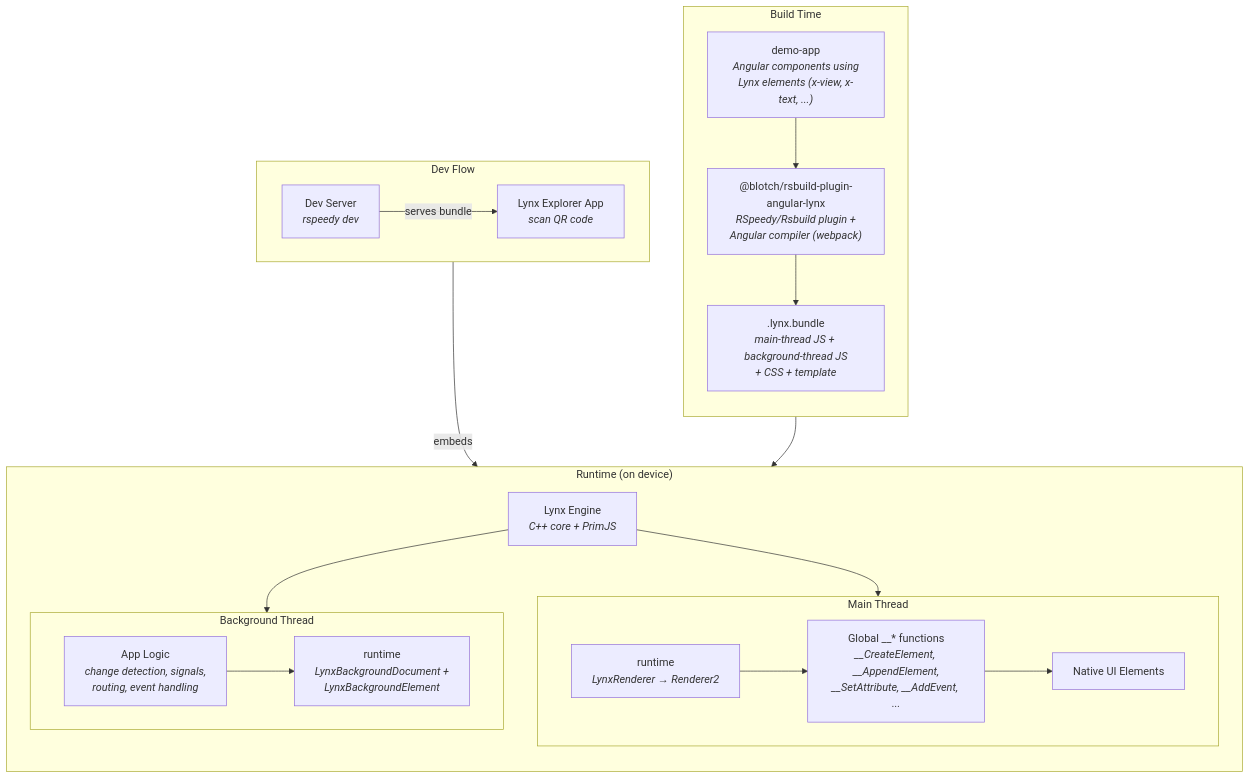
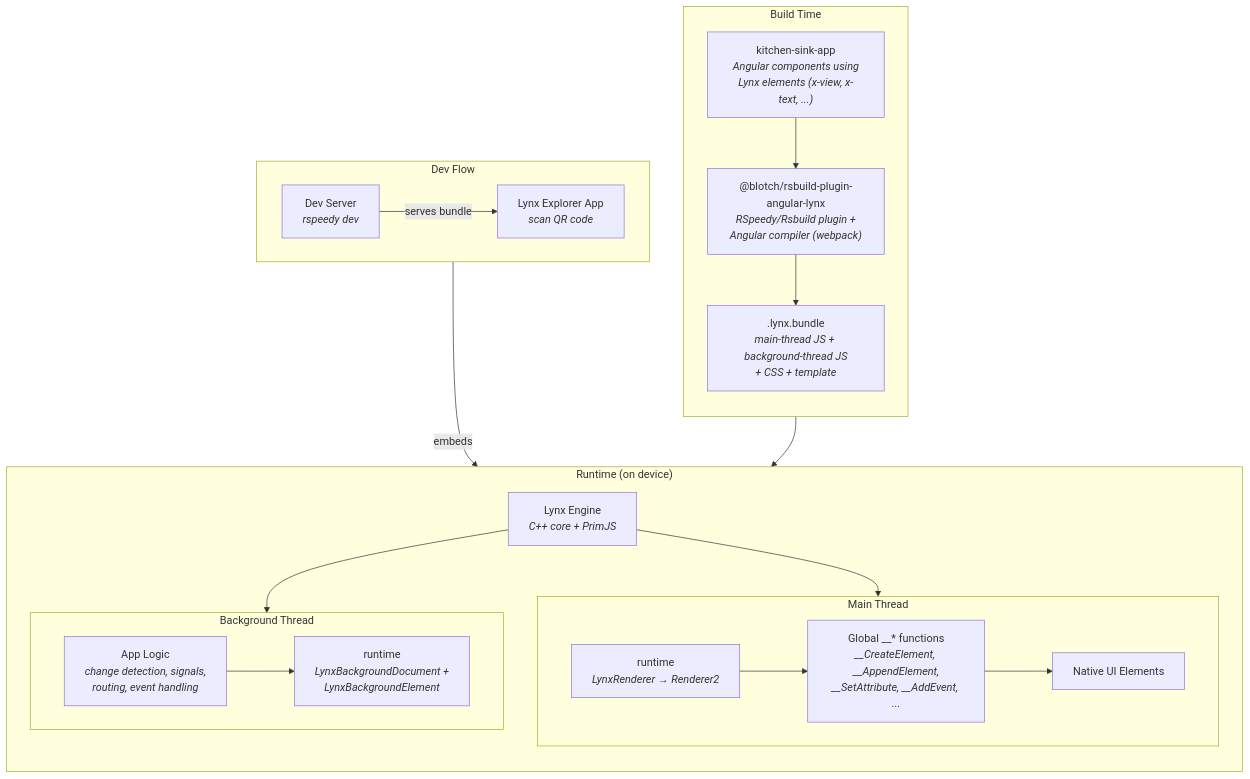
One commit to dolanmiu/lynx-angular changed the diagram in README.md. Above: the diagram before and after it, drawn with Mermaid. The commit also changed other lines of this file and 35 other files, not shown here.

Commit message:
Re-branding demo-app to kitchen-sink-app

````diff
--- a/README.md
+++ b/README.md
@@ -12,46 +12,46 @@
 ```mermaid
 graph TB
     subgraph build ["Build Time"]
         direction TB
-        src["demo-app<br/><i>Angular components using<br/>Lynx elements (x-view, x-text, ...)</i>"]
+        src["kitchen-sink-app<br/><i>Angular components using<br/>Lynx elements (x-view, x-text, ...)</i>"]
         plugin["@blotch/rsbuild-plugin-angular-lynx<br/><i>RSpeedy/Rsbuild plugin +<br/>Angular compiler (webpack)</i>"]
         bundle[".lynx.bundle<br/><i>main-thread JS + background-thread JS<br/>+ CSS + template</i>"]
 
         src --> plugin --> bundle
     end
 
     subgraph device ["Runtime (on device)"]
         direction TB
         engine["Lynx Engine<br/><i>C++ core + PrimJS</i>"]
 
         subgraph main ["Main Thread"]
             renderer["runtime<br/><i>LynxRenderer → Renderer2</i>"]
             globals["Global __* functions<br/><i>__CreateElement, __AppendElement,<br/>__SetAttribute, __AddEvent, ...</i>"]
             native["Native UI Elements"]
 
             renderer --> globals --> native
         end
 
         subgraph bg ["Background Thread"]
             bg_runtime["runtime<br/><i>LynxBackgroundDocument +<br/>LynxBackgroundElement</i>"]
             app_logic["App Logic<br/><i>change detection, signals,<br/>routing, event handling</i>"]
 
             app_logic --> bg_runtime
         end
 
         engine --> main
         engine --> bg
     end
 
     bundle --> engine
 
     subgraph dev ["Dev Flow"]
         direction LR
         dev_server["Dev Server<br/><i>rspeedy dev</i>"]
         explorer["Lynx Explorer App<br/><i>scan QR code</i>"]
 
         dev_server -- "serves bundle" --> explorer
     end
 
     explorer -- "embeds" --> engine
 ```
````
